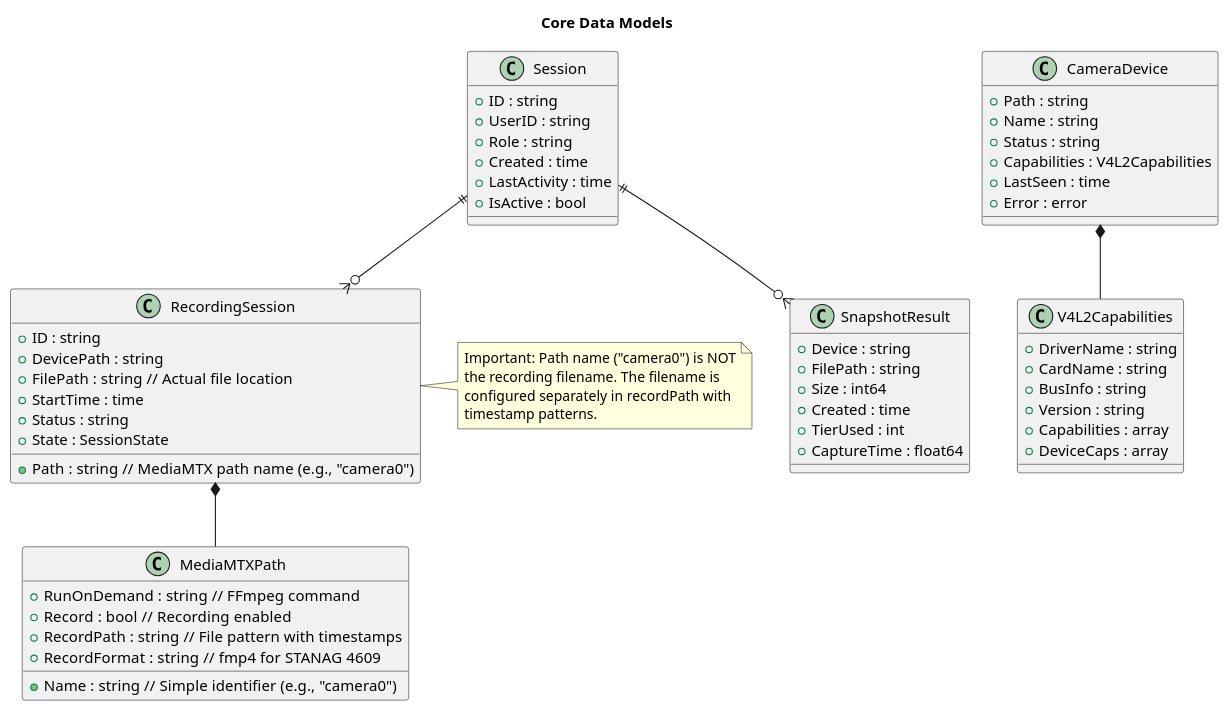
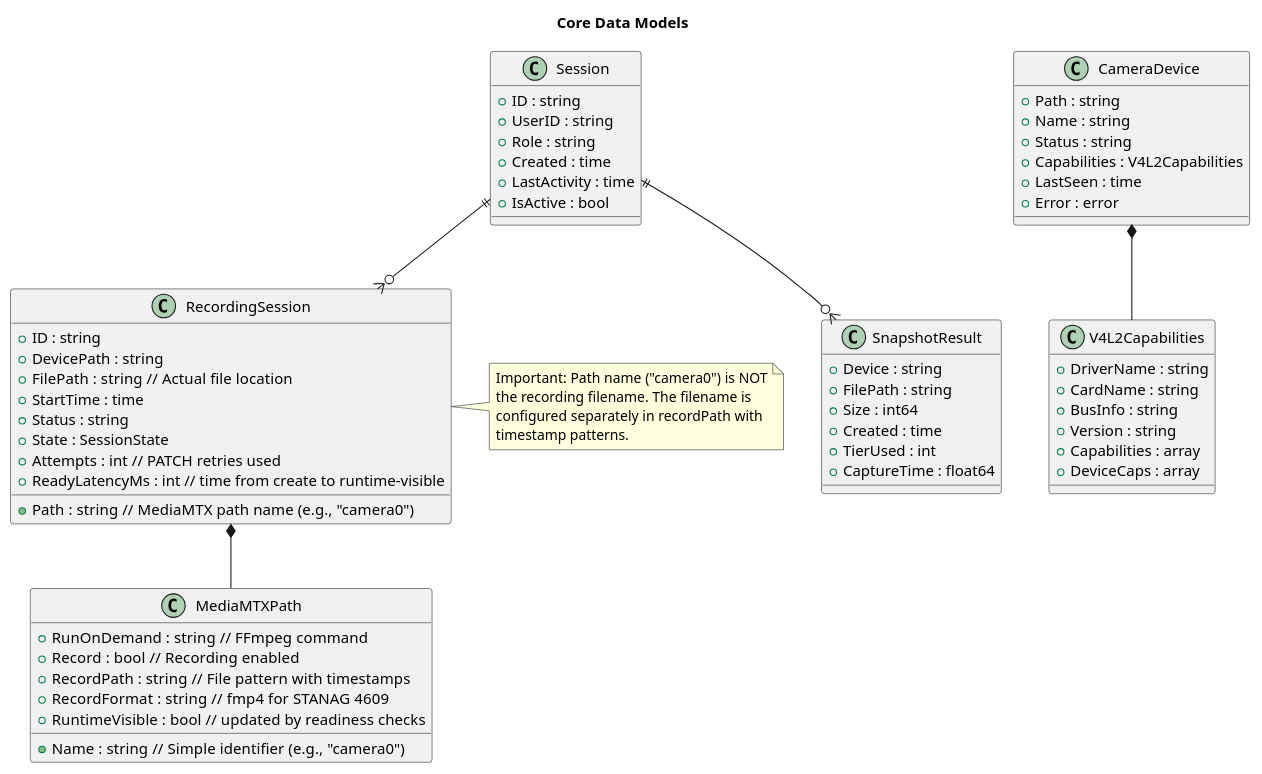
One commit to CarlosSprekelsen/CameraRecorder changed diagram 20 of 25 in mediamtx-camera-service-go/docs/architecture/go-architecture-guide.md. Above: the diagram before and after it, drawn with PlantUML. The commit also changed other lines of this file and 4 other files, not shown here.

````diff
--- a/mediamtx-camera-service-go/docs/architecture/go-architecture-guide.md
+++ b/mediamtx-camera-service-go/docs/architecture/go-architecture-guide.md
@@ -880,72 +956,75 @@
 ```plantuml
 @startuml DataModels
 title Core Data Models
 
 class CameraDevice {
     +Path : string
     +Name : string
     +Status : string
     +Capabilities : V4L2Capabilities
     +LastSeen : time
     +Error : error
 }
 
 class V4L2Capabilities {
     +DriverName : string
     +CardName : string
     +BusInfo : string
     +Version : string
     +Capabilities : array
     +DeviceCaps : array
 }
 
 class Session {
     +ID : string
     +UserID : string
     +Role : string
     +Created : time
     +LastActivity : time
     +IsActive : bool
 }
 
 class SnapshotResult {
     +Device : string
     +FilePath : string
     +Size : int64
     +Created : time
     +TierUsed : int
     +CaptureTime : float64
 }
 
 class RecordingSession {
     +ID : string
     +DevicePath : string
     +Path : string  // MediaMTX path name (e.g., "camera0")
     +FilePath : string  // Actual file location
     +StartTime : time
     +Status : string
     +State : SessionState
+    +Attempts : int // PATCH retries used
+    +ReadyLatencyMs : int // time from create to runtime-visible
 }
 
 class MediaMTXPath {
     +Name : string  // Simple identifier (e.g., "camera0")
     +RunOnDemand : string  // FFmpeg command
     +Record : bool  // Recording enabled
     +RecordPath : string  // File pattern with timestamps
     +RecordFormat : string  // fmp4 for STANAG 4609
+    +RuntimeVisible : bool  // updated by readiness checks
 }
 
 CameraDevice *-- V4L2Capabilities
 Session ||--o{ SnapshotResult
 Session ||--o{ RecordingSession
 RecordingSession *-- MediaMTXPath
 
 note right of RecordingSession
 Important: Path name ("camera0") is NOT
 the recording filename. The filename is
 configured separately in recordPath with
 timestamp patterns.
 end note
 
 @enduml
 ```
````
